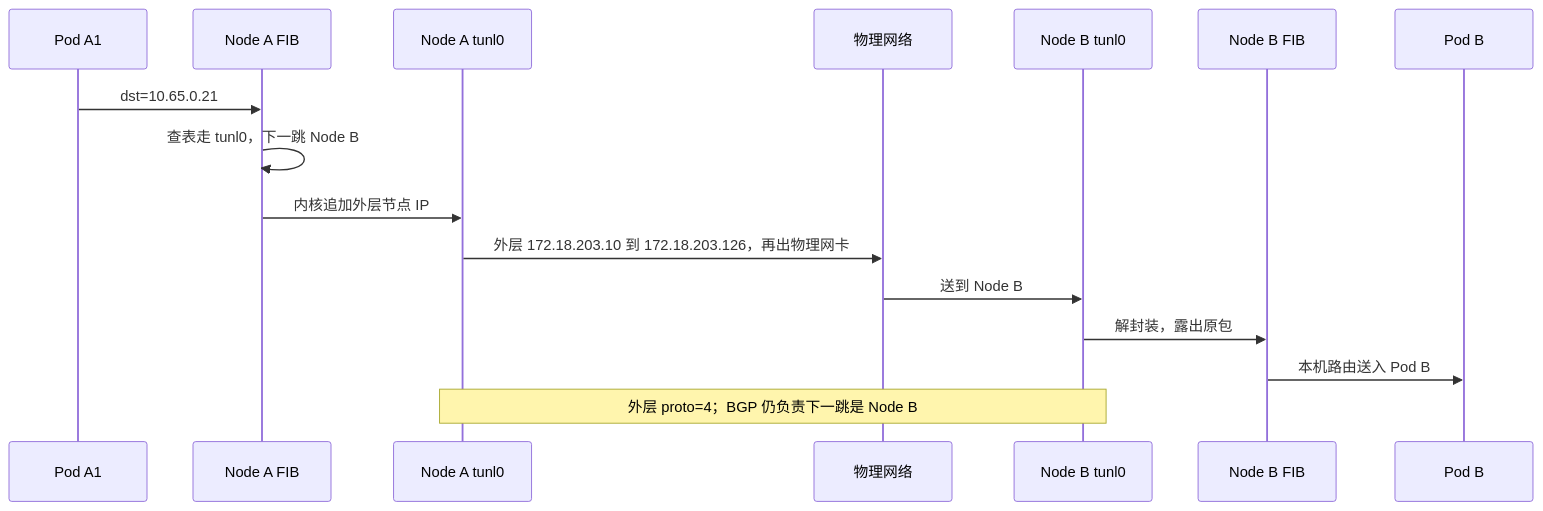
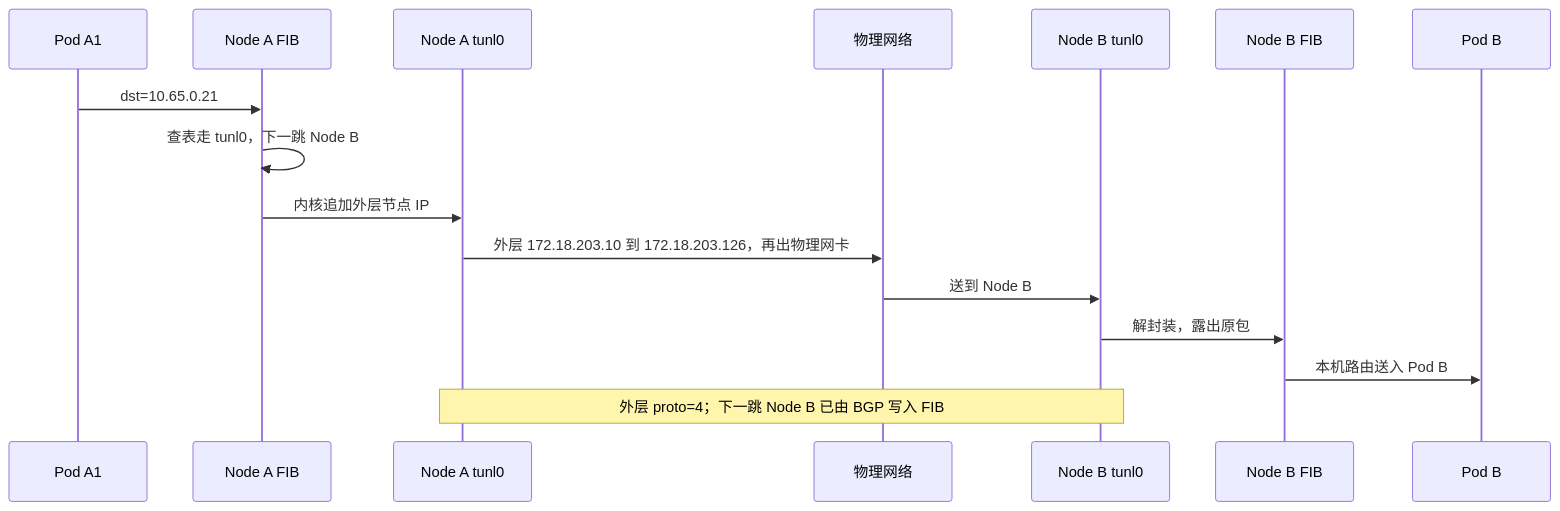
The seventh of 8 diagrams in 20-architecture/24-calico-networking-treatise.md (xiaxinyu/knowledge_base), drawn with Mermaid before and after one commit. The commit also changed other lines of this file, not shown here.

````diff
--- a/20-architecture/24-calico-networking-treatise.md
+++ b/20-architecture/24-calico-networking-treatise.md
@@ -447,19 +446,19 @@
 ```mermaid
 sequenceDiagram
   participant A1 as Pod A1
   participant NA as Node A FIB
   participant T0 as Node A tunl0
   participant W as 物理网络
   participant T1 as Node B tunl0
   participant NB as Node B FIB
   participant B as Pod B
 
   A1->>NA: dst=10.65.0.21
   NA->>NA: 查表走 tunl0，下一跳 Node B
   NA->>T0: 内核追加外层节点 IP
   T0->>W: 外层 172.18.203.10 到 172.18.203.126，再出物理网卡
   W->>T1: 送到 Node B
   T1->>NB: 解封装，露出原包
   NB->>B: 本机路由送入 Pod B
-  Note over T0,T1: 外层 proto=4；BGP 仍负责下一跳是 Node B
+  Note over T0,T1: 外层 proto=4；下一跳 Node B 已由 BGP 写入 FIB
 ```
````
